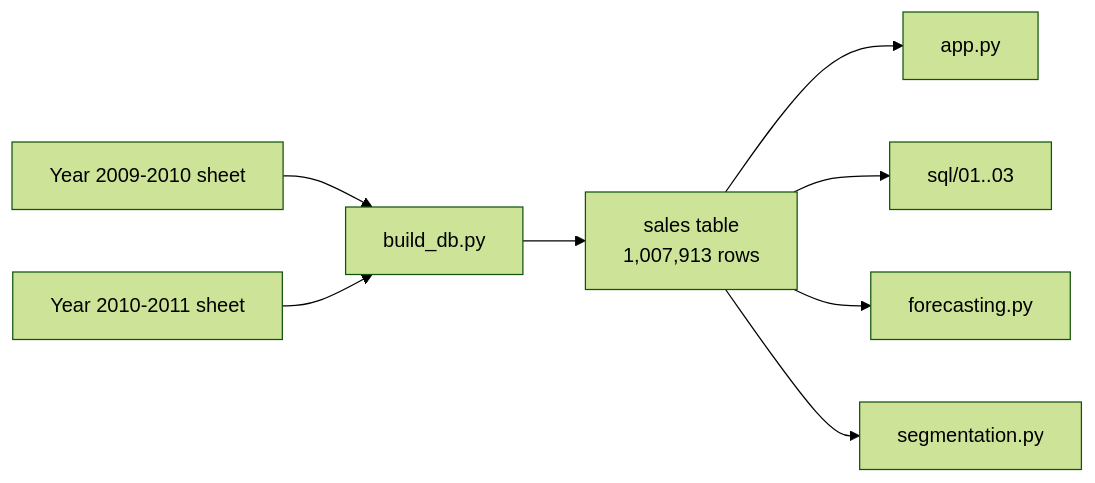
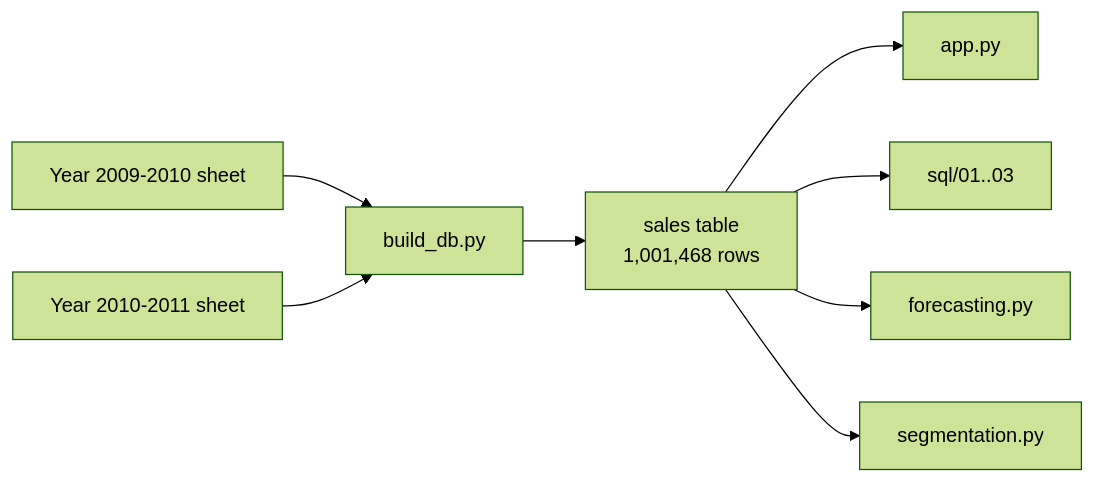
One commit to RNK26/customer-insights-analytics changed the diagram in README.md. Above: the diagram before and after it, drawn with Mermaid (forest theme). The commit also changed other lines of this file and 7 other files, not shown here.

````diff
--- a/README.md
+++ b/README.md
@@ -25,10 +25,10 @@
 ```mermaid
 flowchart LR
     X1["Year 2009-2010 sheet"] --> B["build_db.py"]
     X2["Year 2010-2011 sheet"] --> B
-    B --> S["sales table<br/>1,007,913 rows"]
+    B --> S["sales table<br/>1,001,468 rows"]
     S --> A["app.py"]
     S --> Q["sql/01..03"]
     S --> F["forecasting.py"]
     S --> G["segmentation.py"]
 ```
````
